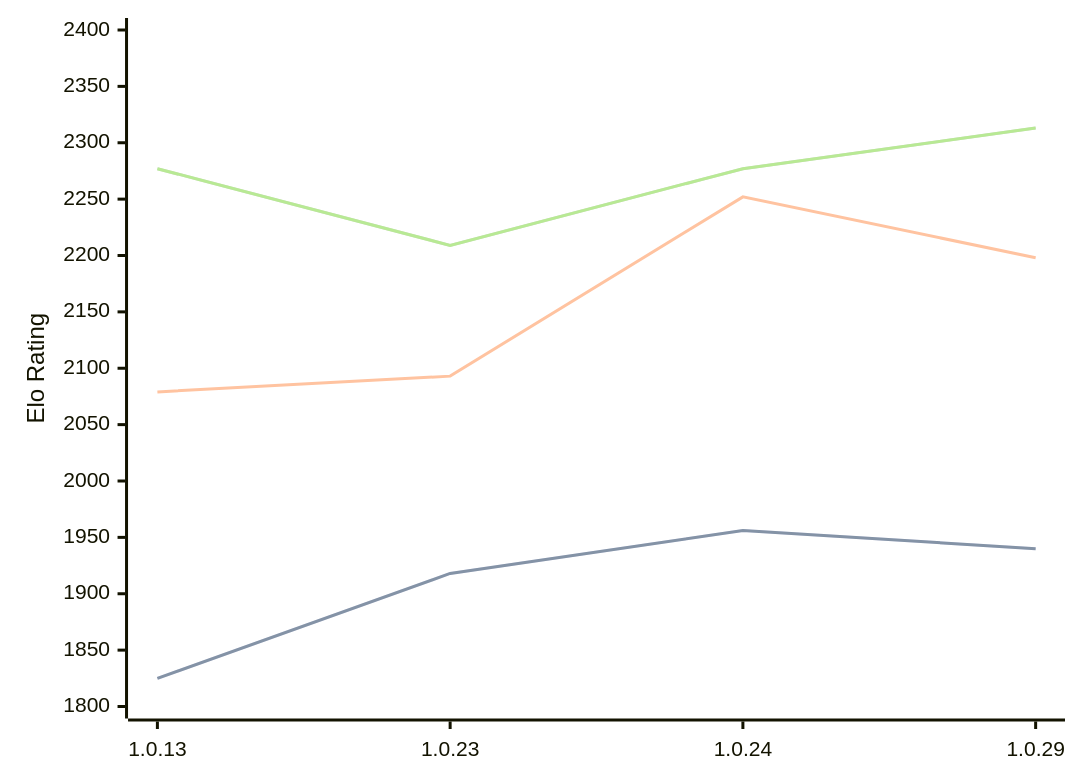
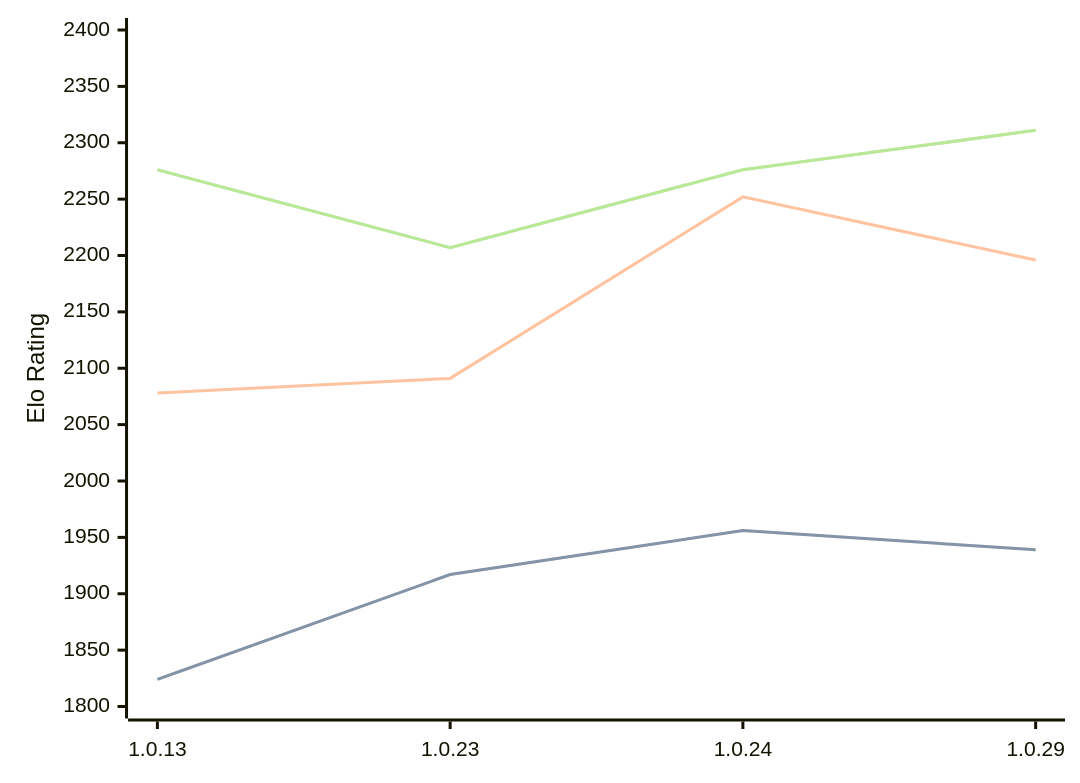
One commit to computer-chess-index/cci changed the diagram in engines/RustyRival.md. Above: the diagram before and after it, drawn with Mermaid. The commit also changed other lines of this file, not shown here.

Commit message:
Update CCI Ratings (ELO VLTC) - 2026-03-16

````diff
--- a/engines/RustyRival.md
+++ b/engines/RustyRival.md
@@ -59,11 +59,11 @@
 ```mermaid
 %%{init: {"theme":"base","themeVariables":{"seriesColors:['#a3a3a3','#222221','#faa371']}}}%%
 xychart-beta
   x-axis ["1.0.13", "1.0.23", "1.0.24", "1.0.29"]
   y-axis "Elo Rating" 1800 --> 2400
-  line "STC (8.0+0.08s)" [1825, 1918, 1956, 1940]
-  line "STC (8.0+0.08s)" [1825, 1918, 1956, 1940]
-  line "LTC (60.0+0.60s)" [2079, 2093, 2252, 2198]
-  line "VLTC (2m24s+1.12s)" [2277, 2209, 2277, 2313]
-  line "VLTC (2m24s+1.12s)" [2277, 2209, 2277, 2313]
+  line "STC (8.0+0.08s)" [1824, 1917, 1956, 1939]
+  line "STC (8.0+0.08s)" [1824, 1917, 1956, 1939]
+  line "LTC (60.0+0.60s)" [2078, 2091, 2252, 2196]
+  line "VLTC (2m24s+1.12s)" [2276, 2207, 2276, 2311]
+  line "VLTC (2m24s+1.12s)" [2276, 2207, 2276, 2311]
 ```
````
